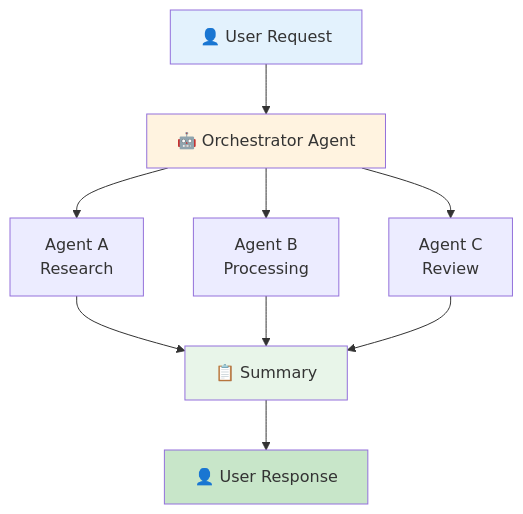
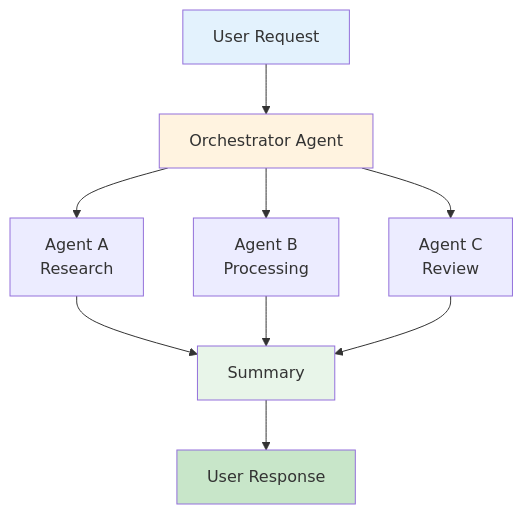
Before and after one commit to justinsz/ProPrompt: the diagram in guide_en.md, drawn with Mermaid. The commit also changed other lines of this file and 11 other files, not shown here.

````diff
--- a/guide_en.md
+++ b/guide_en.md
@@ -284,14 +284,14 @@
 ```mermaid
 flowchart TB
-    A[👤 User Request] --> B[🤖 Orchestrator Agent]
+    A[User Request] --> B[Orchestrator Agent]
     B --> C[Agent A<br/>Research]
     B --> D[Agent B<br/>Processing]
     B --> E[Agent C<br/>Review]
-    C & D & E --> F[📋 Summary]
-    F --> G[👤 User Response]
-    
+    C & D & E --> F[Summary]
+    F --> G[User Response]
+
     style A fill:#e3f2fd
     style B fill:#fff3e0
     style F fill:#e8f5e9
     style G fill:#c8e6c9
 ```
````
